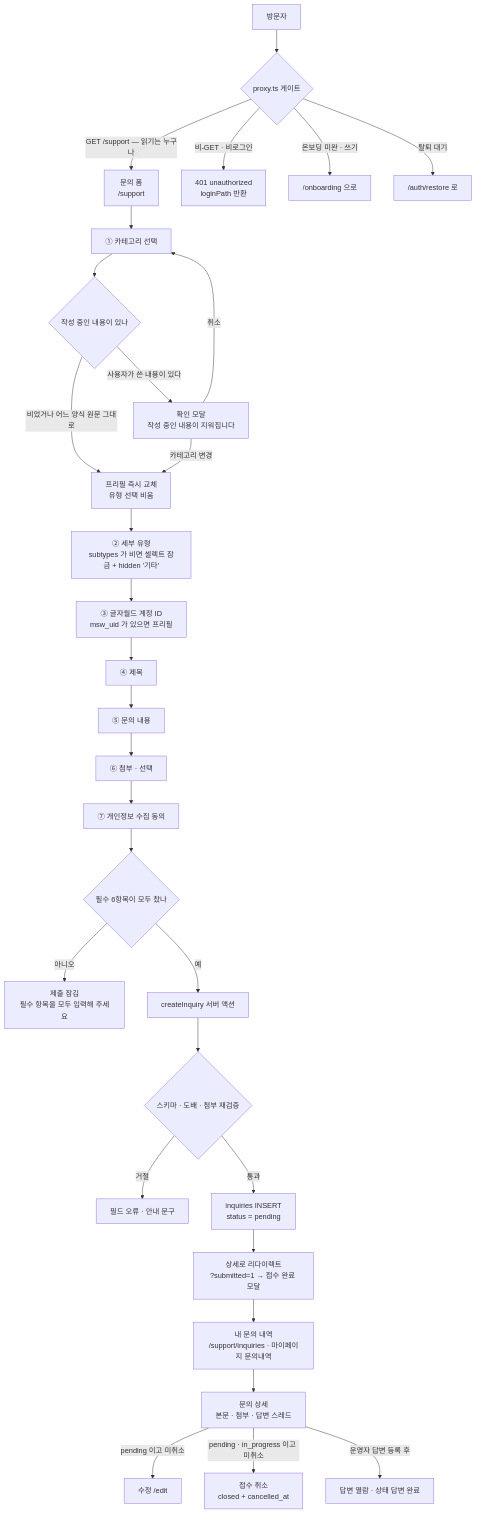
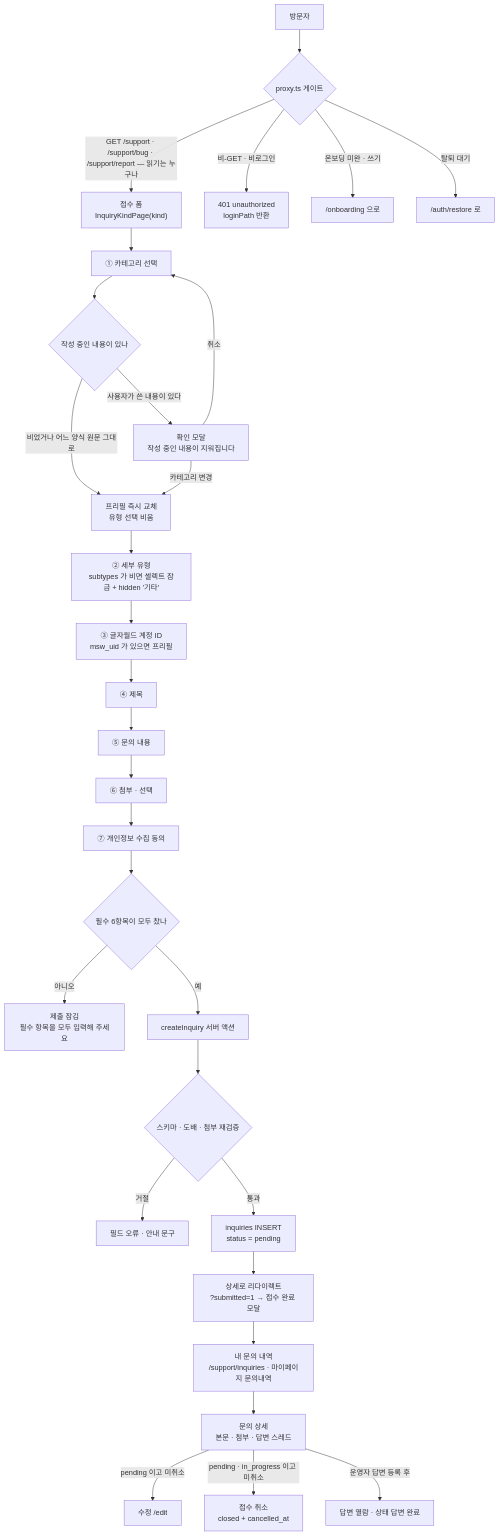
Before and after one commit to GoodBlock-Nill/maple: the first of 5 diagrams in docs/admin/INQUIRY-GUIDE.md, drawn with Mermaid. The commit also changed other lines of this file and 3 other files, not shown here.

````diff
--- a/docs/admin/INQUIRY-GUIDE.md
+++ b/docs/admin/INQUIRY-GUIDE.md
@@ -77,30 +132,30 @@
 ```mermaid
 flowchart TD
     A["방문자"] --> B{"proxy.ts 게이트"}
-    B -->|"GET /support — 읽기는 누구나"| F["문의 폼<br/>/support"]
+    B -->|"GET /support · /support/bug · /support/report — 읽기는 누구나"| F["접수 폼<br/>InquiryKindPage(kind)"]
     B -->|"비-GET · 비로그인"| L401["401 unauthorized<br/>loginPath 반환"]
     B -->|"온보딩 미완 · 쓰기"| ONB["/onboarding 으로"]
     B -->|"탈퇴 대기"| RST["/auth/restore 로"]
     F --> C["① 카테고리 선택"]
     C --> P{"작성 중인 내용이 있나"}
     P -->|"비었거나 어느 양식 원문 그대로"| PF["프리필 즉시 교체<br/>유형 선택 비움"]
     P -->|"사용자가 쓴 내용이 있다"| CD["확인 모달<br/>작성 중인 내용이 지워집니다"]
     CD -->|"카테고리 변경"| PF
     CD -->|"취소"| C
     PF --> T["② 세부 유형<br/>subtypes 가 비면 셀렉트 잠금 + hidden '기타'"]
     T --> ID["③ 글자월드 계정 ID<br/>msw_uid 가 있으면 프리필"]
     ID --> TI["④ 제목"] --> CT["⑤ 문의 내용"] --> AT["⑥ 첨부 · 선택"]
     AT --> AG["⑦ 개인정보 수집 동의"]
     AG --> SB{"필수 6항목이 모두 찼나"}
     SB -->|"아니오"| LK["제출 잠김<br/>필수 항목을 모두 입력해 주세요"]
     SB -->|"예"| SV["createInquiry 서버 액션"]
     SV --> V{"스키마 · 도배 · 첨부 재검증"}
     V -->|"거절"| ERR["필드 오류 · 안내 문구"]
     V -->|"통과"| INS["inquiries INSERT<br/>status = pending"]
     INS --> OK["상세로 리다이렉트<br/>?submitted=1 → 접수 완료 모달"]
     OK --> LIST["내 문의 내역<br/>/support/inquiries · 마이페이지 문의내역"]
     LIST --> DET["문의 상세<br/>본문 · 첨부 · 답변 스레드"]
     DET -->|"pending 이고 미취소"| EDIT["수정 /edit"]
     DET -->|"pending · in_progress 이고 미취소"| CAN["접수 취소<br/>closed + cancelled_at"]
     DET -->|"운영자 답변 등록 후"| ANS["답변 열람 · 상태 답변 완료"]
 ```
````
